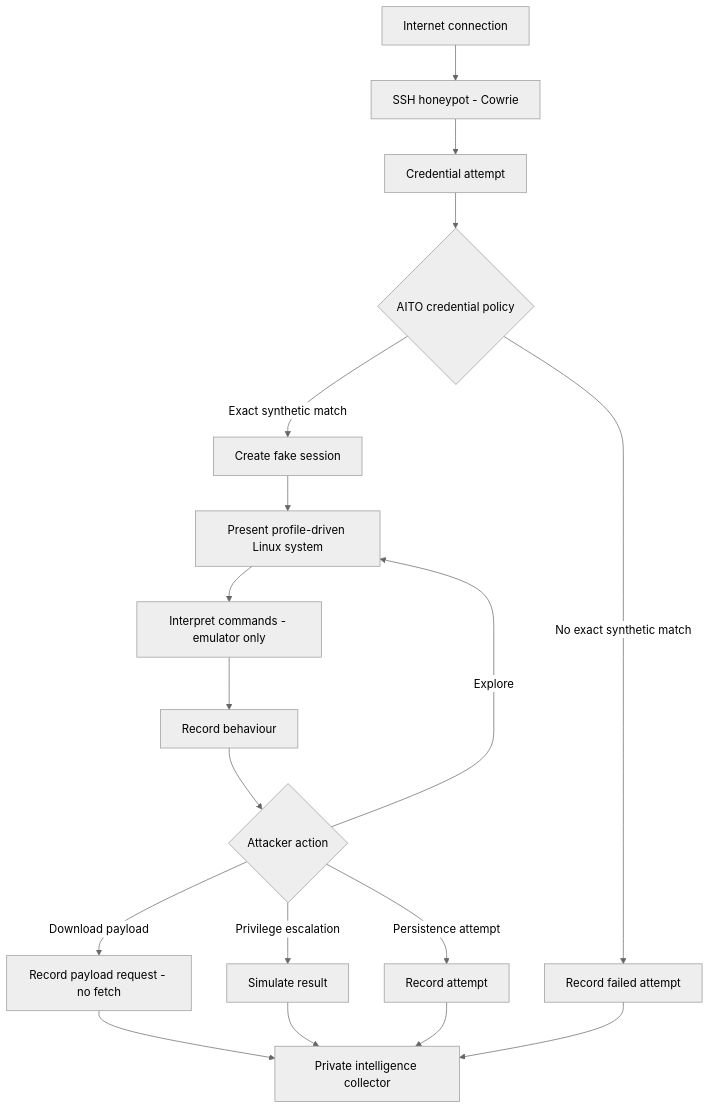
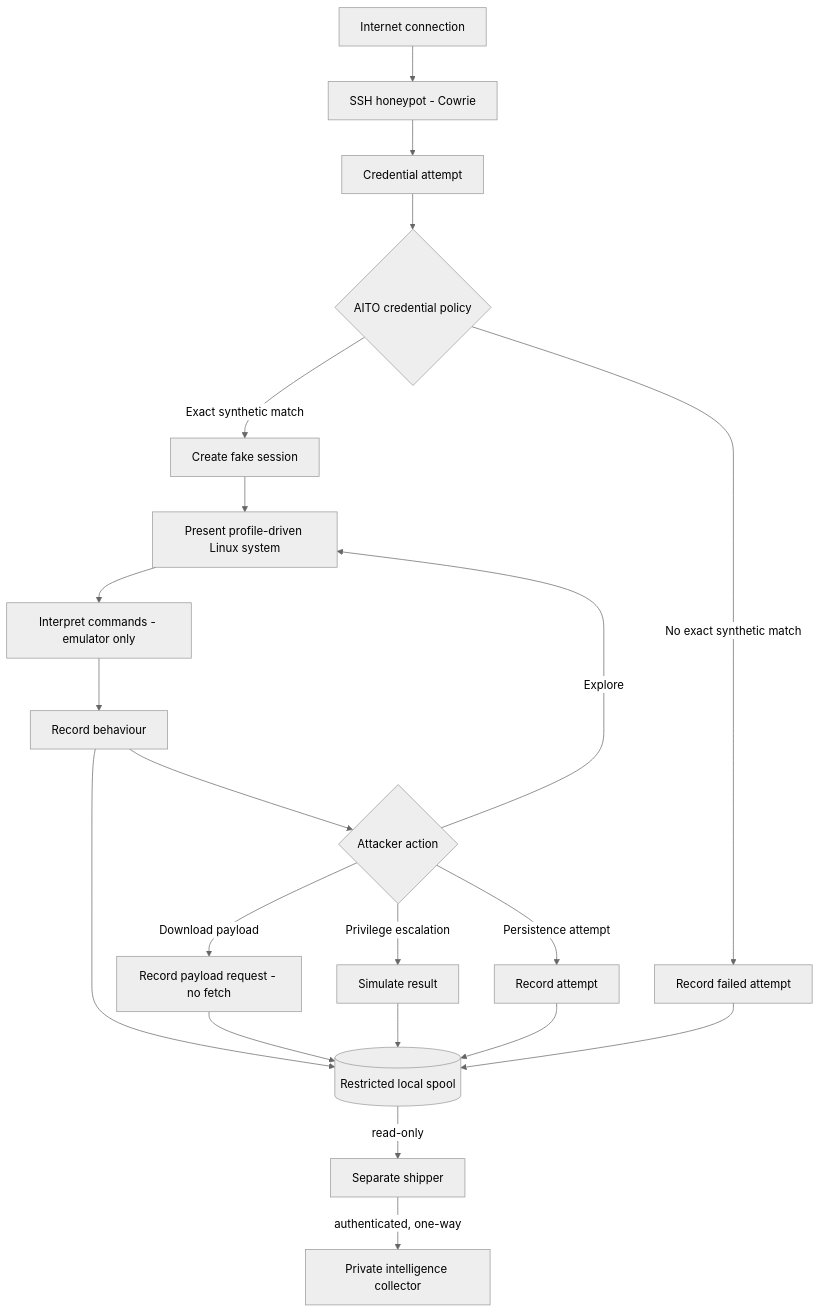
One commit to GeneralKnowledge/BearJug changed the diagram in docs/design/deceptive-access.md. Above: the diagram before and after it, drawn with Mermaid (neutral theme). The commit also changed other lines of this file, not shown here.

Commit message:
Show spool and shipper path in the architecture diagram
Claude-Session: https://claude.ai/code/session_01SH3diaJLQQ7j7guGZSq2HH

````diff
--- a/docs/design/deceptive-access.md
+++ b/docs/design/deceptive-access.md
@@ -169,20 +169,23 @@
 ```mermaid
 flowchart TD
     A[Internet connection] --> B[SSH honeypot - Cowrie]
     B --> C[Credential attempt]
     C --> D{AITO credential policy}
     D -->|No exact synthetic match| E[Record failed attempt]
     D -->|Exact synthetic match| F[Create fake session]
     F --> G[Present profile-driven Linux system]
     G --> H[Interpret commands - emulator only]
     H --> I[Record behaviour]
     I --> J{Attacker action}
     J -->|Explore| G
     J -->|Download payload| K[Record payload request - no fetch]
     J -->|Privilege escalation| L[Simulate result]
     J -->|Persistence attempt| M[Record attempt]
-    K --> N[Private intelligence collector]
-    L --> N
-    M --> N
-    E --> N
+    I --> S[(Restricted local spool)]
+    K --> S
+    L --> S
+    M --> S
+    E --> S
+    S -->|read-only| T[Separate shipper]
+    T -->|authenticated, one-way| N[Private intelligence collector]
 ```
````
